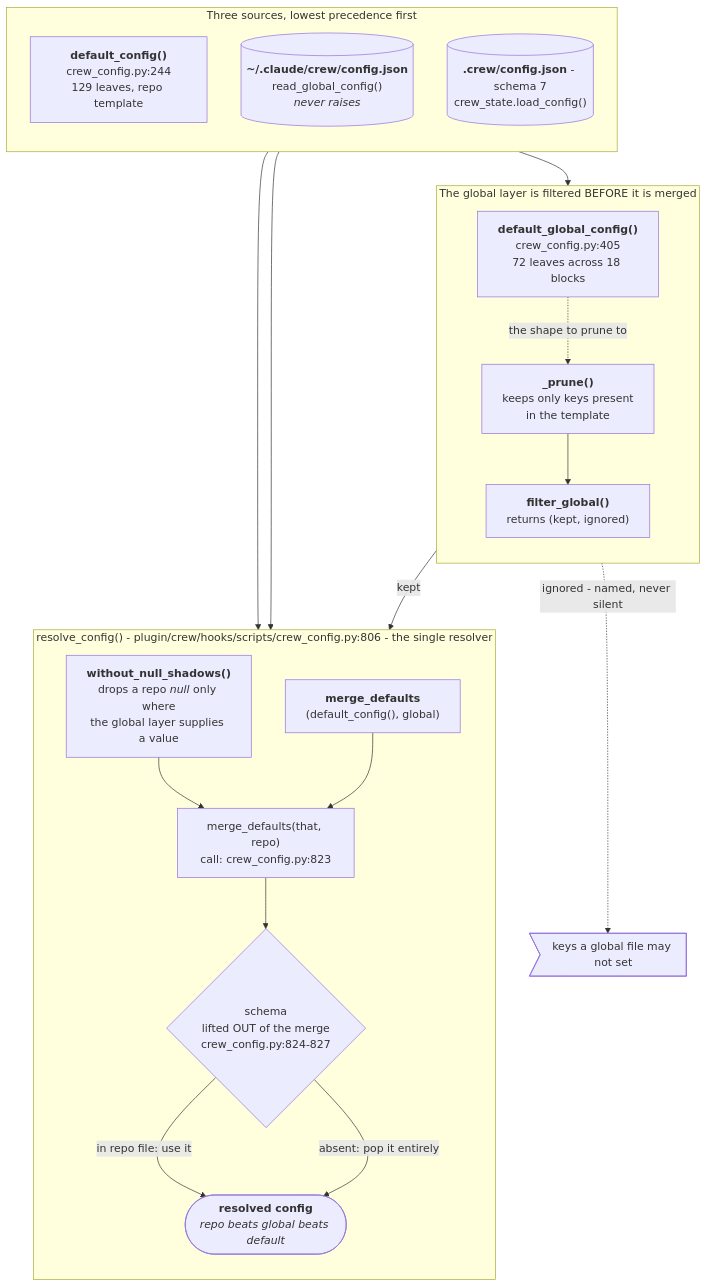
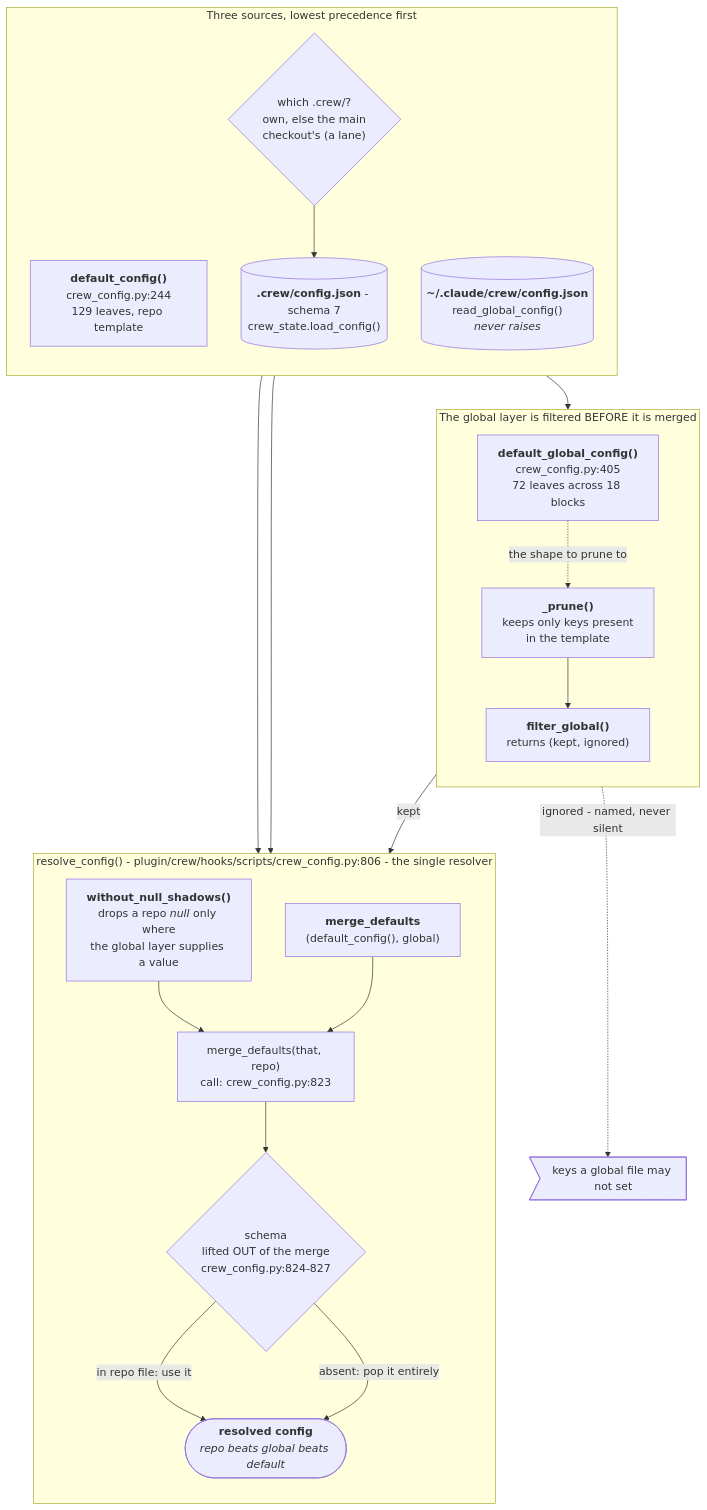
The sixth of 36 diagrams in docs/diagrams/README.md (mbadali25/useful-claude-add-ons), drawn with Mermaid before and after one commit. The commit also changed other lines of this file and 20 other files, not shown here.

First line of the commit message:
T-0096: docs, verify rule, code map, diagrams; ticket folder removed (ships as code and CHANGELOG)

````diff
--- a/docs/diagrams/README.md
+++ b/docs/diagrams/README.md
@@ -268,39 +279,41 @@
 ```mermaid
 flowchart TB
 
     subgraph Sources["Three sources, lowest precedence first"]
         direction TB
         DEF["<b>default_config()</b><br/>crew_config.py:244<br/>129 leaves, repo template"]
         GLB[("<b>~/.claude/crew/config.json</b><br/>read_global_config()<br/><i>never raises</i>")]
+        RES{"which .crew/?<br/>own, else the main<br/>checkout's (a lane)"}
         REPO[("<b>.crew/config.json</b> - schema 7<br/>crew_state.load_config()")]
     end
 
     subgraph Gate["The global layer is filtered BEFORE it is merged"]
         direction TB
         TMPL["<b>default_global_config()</b><br/>crew_config.py:405<br/>72 leaves across 18 blocks"]
         PRUNE["<b>_prune()</b><br/>keeps only keys present<br/>in the template"]
         FILT["<b>filter_global()</b><br/>returns (kept, ignored)"]
     end
 
     subgraph Merge["resolve_config() - plugin/crew/hooks/scripts/crew_config.py:806 - the single resolver"]
         direction TB
         NULLS["<b>without_null_shadows()</b><br/>drops a repo <i>null</i> only where<br/>the global layer supplies a value"]
         M1["<b>merge_defaults</b><br/>(default_config(), global)"]
         M2["merge_defaults(that, repo)<br/>call: crew_config.py:823"]
         SCHEMA{"schema<br/>lifted OUT of the merge<br/>crew_config.py:824-827"}
         OUT(["<b>resolved config</b><br/><i>repo beats global beats default</i>"])
     end
 
     DEF --> M1
     GLB --> FILT
     TMPL -.->|"the shape to prune to"| PRUNE
     PRUNE --> FILT
     FILT -->|kept| M1
     FILT -.->|"ignored - named, never silent"| IGN>"keys a global file may not set"]
+    RES --> REPO
     REPO --> NULLS
     NULLS --> M2
     M1 --> M2
     M2 --> SCHEMA
     SCHEMA -->|"in repo file: use it"| OUT
     SCHEMA -->|"absent: pop it entirely"| OUT
 ```
````
